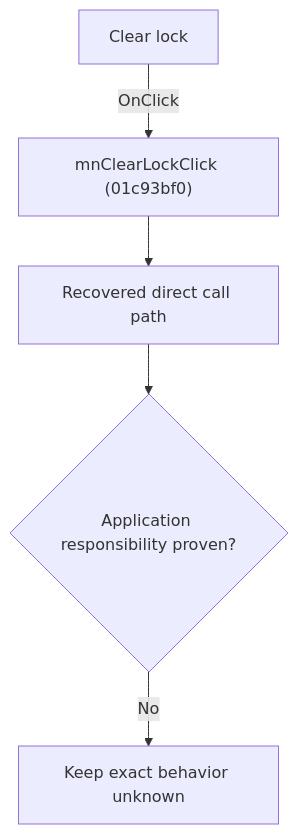
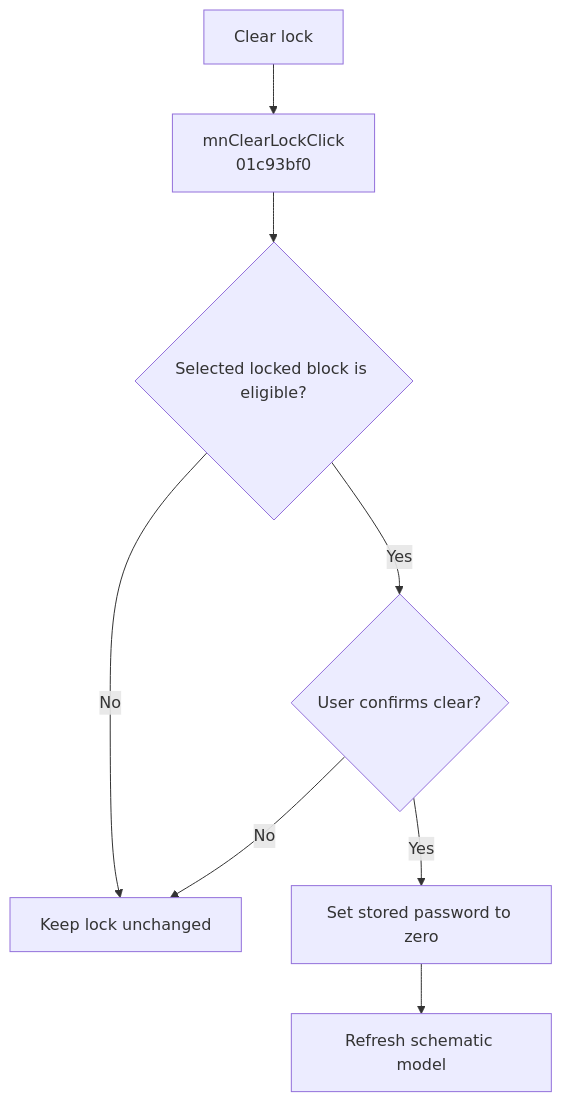
Before and after one commit to MovGP0/TIARA: the diagram in docs/ui-controls/schematiceditor/mnclearlock-b8bd5be556.md, drawn with Mermaid. The commit also changed other lines of this file and 241 other files, not shown here.

````diff
--- a/docs/ui-controls/schematiceditor/mnclearlock-b8bd5be556.md
+++ b/docs/ui-controls/schematiceditor/mnclearlock-b8bd5be556.md
@@ -27,7 +27,10 @@
 ```mermaid
 flowchart TD
-    control["Clear lock"] -->|"OnClick"| handler["mnClearLockClick (01c93bf0)"]
-    handler --> recovered["Recovered direct call path"]
-    recovered --> gap{"Application responsibility proven?"}
-    gap -->|"No"| blocked["Keep exact behavior unknown"]
+    control["Clear lock"] --> handler["mnClearLockClick<br/>01c93bf0"]
+    handler --> eligible{"Selected locked block is eligible?"}
+    eligible -->|"No"| noOp["Keep lock unchanged"]
+    eligible -->|"Yes"| confirm{"User confirms clear?"}
+    confirm -->|"No"| noOp
+    confirm -->|"Yes"| clear["Set stored password to zero"]
+    clear --> refresh["Refresh schematic model"]
 ```
````
